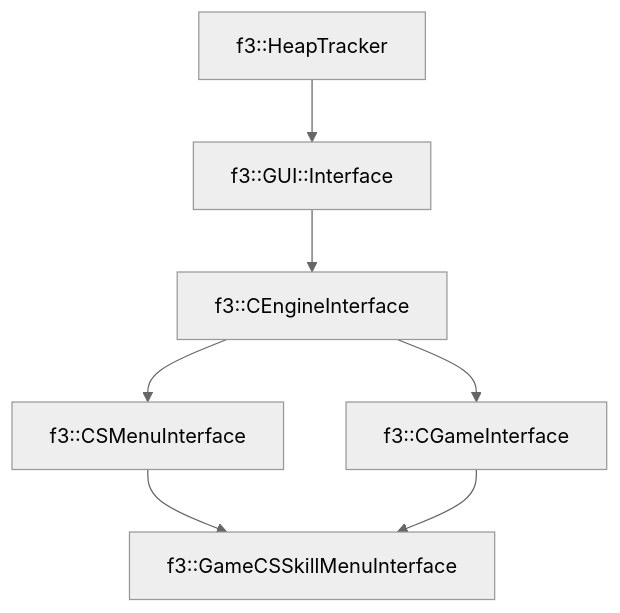
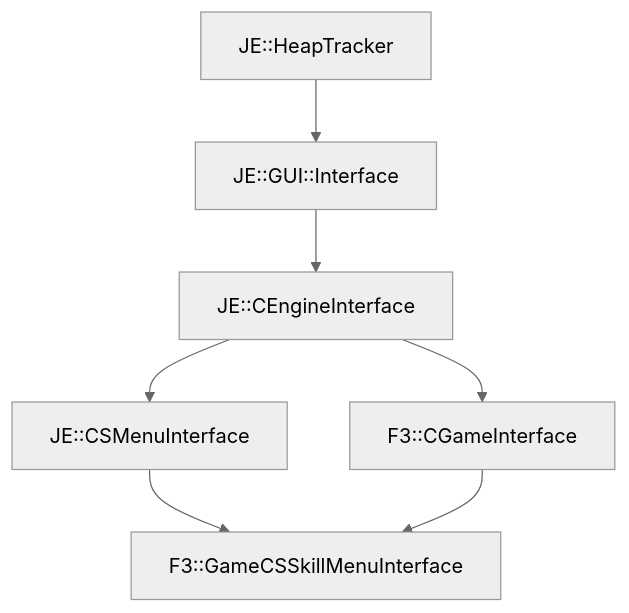
Before and after one commit to OpenJE/openvb: the diagram in docs/f3/GameCSSkillMenuInterface.md, drawn with Mermaid (neutral theme). The commit also changed other lines of this file and 1399 other files, not shown here.

````diff
--- a/docs/f3/GameCSSkillMenuInterface.md
+++ b/docs/f3/GameCSSkillMenuInterface.md
@@ -20,9 +20,9 @@
 ```mermaid
 graph TD;
-    f3::HeapTracker --> f3::GUI::Interface
-    f3::GUI::Interface --> f3::CEngineInterface
-    f3::CEngineInterface --> f3::CSMenuInterface
-    f3::CEngineInterface --> f3::CGameInterface
-    f3::CSMenuInterface --> f3::GameCSSkillMenuInterface
-    f3::CGameInterface --> f3::GameCSSkillMenuInterface
+    JE::HeapTracker --> JE::GUI::Interface
+    JE::GUI::Interface --> JE::CEngineInterface
+    JE::CEngineInterface --> JE::CSMenuInterface
+    JE::CEngineInterface --> F3::CGameInterface
+    JE::CSMenuInterface --> F3::GameCSSkillMenuInterface
+    F3::CGameInterface --> F3::GameCSSkillMenuInterface
 ```
````
